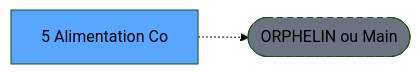
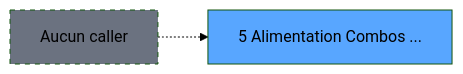
Before and after one commit to thonyAGP/lecteur-magic: the second of 3 diagrams in .openspec/specs/ADH-IDE-5.md, drawn with Mermaid (forest theme). The commit also changed other lines of this file and 96 other files, not shown here.

````diff
--- a/.openspec/specs/ADH-IDE-5.md
+++ b/.openspec/specs/ADH-IDE-5.md
@@ -117,8 +126,8 @@
 ```mermaid
 graph LR
-    T[5 Alimentation Co]
-    ORPHAN([ORPHELIN ou Main])
-    T -.-> ORPHAN
-    style T fill:#58a6ff,color:#000
-    style ORPHAN fill:#6b7280,stroke-dasharray: 5 5
+    T5[5 Alimentation Combos ...]
+    style T5 fill:#58a6ff
+    NONE[Aucun caller]
+    NONE -.-> T5
+    style NONE fill:#6b7280,stroke-dasharray: 5 5
 ```
````
